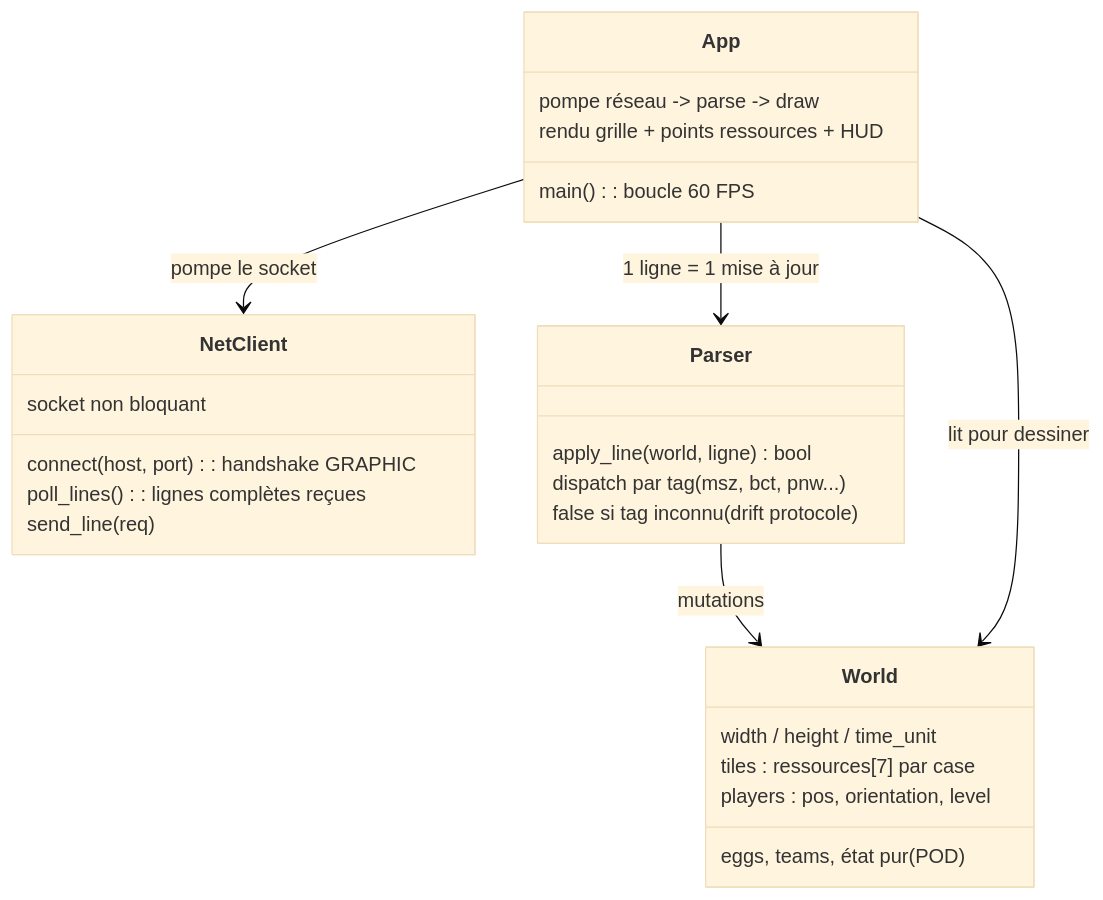
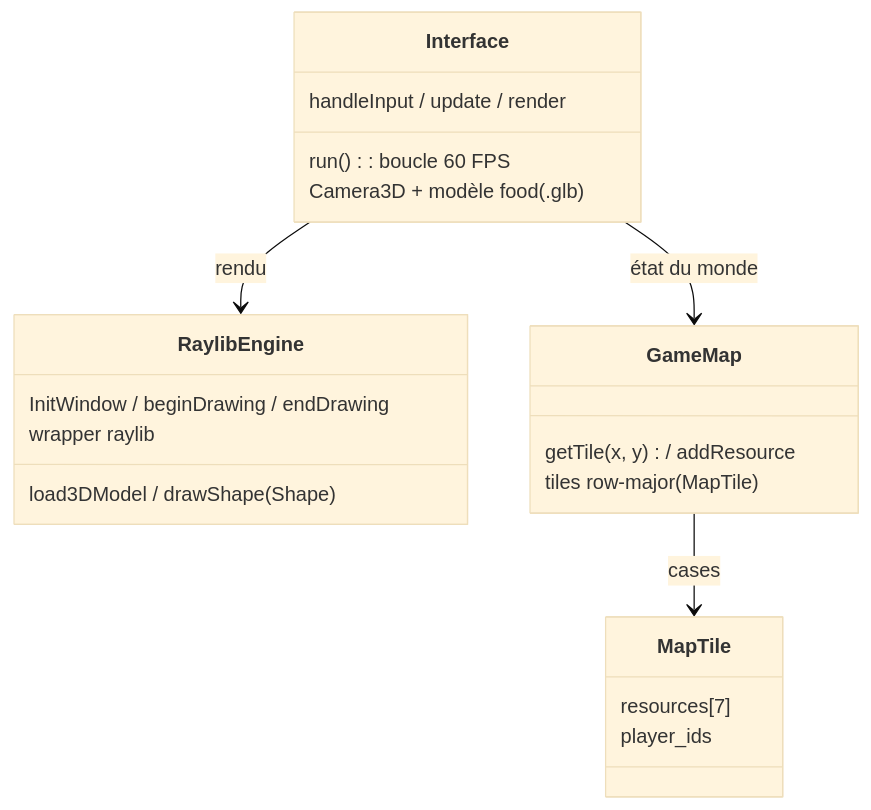
Before and after one commit to Raphaeldumon/Zappy: the fourth of 4 diagrams in docs/01_architecture/08_uml_overview.md, drawn with Mermaid (base theme). The commit also changed other lines of this file and 1 other file, not shown here.

Commit message:
fix(docs): server and uml

````diff
--- a/docs/01_architecture/08_uml_overview.md
+++ b/docs/01_architecture/08_uml_overview.md
@@ -95,30 +97,25 @@
 ```mermaid
 classDiagram
-    class App {
-        main() : boucle 60 FPS
-        pompe réseau -> parse -> draw
-        rendu grille + points ressources + HUD
+    class Interface {
+        run() : boucle 60 FPS
+        handleInput / update / render
+        Camera3D + modèle food (.glb)
     }
-    class NetClient {
-        connect(host, port) : handshake GRAPHIC
-        poll_lines() : lignes complètes reçues
-        send_line(req)
-        socket non bloquant
+    class RaylibEngine {
+        InitWindow / beginDrawing / endDrawing
+        load3DModel / drawShape (Shape)
+        wrapper raylib
     }
-    class Parser {
-        apply_line(world, ligne) bool
-        dispatch par tag (msz, bct, pnw...)
-        false si tag inconnu (drift protocole)
+    class GameMap {
+        getTile(x, y) / addResource
+        tiles row-major (MapTile)
     }
-    class World {
-        width / height / time_unit
-        tiles : ressources[7] par case
-        players : pos, orientation, level
-        eggs, teams, état pur (POD)
+    class MapTile {
+        resources[7]
+        player_ids
     }
 
-    App --> NetClient : pompe le socket
-    App --> Parser : 1 ligne = 1 mise à jour
-    Parser --> World : mutations
-    App --> World : lit pour dessiner
+    Interface --> RaylibEngine : rendu
+    Interface --> GameMap : état du monde
+    GameMap --> MapTile : cases
 ```
````
